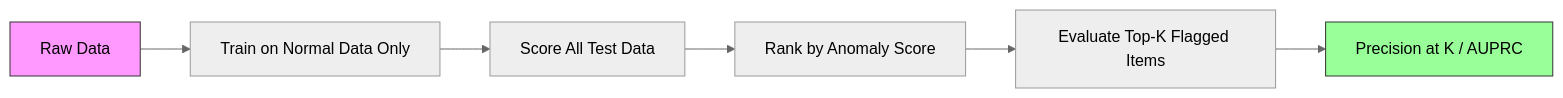
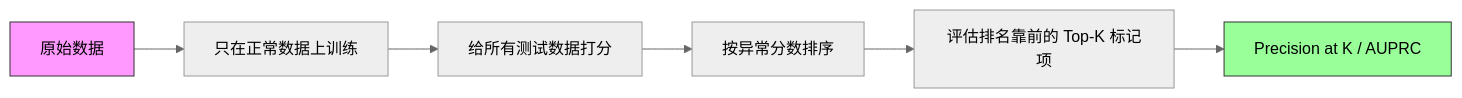
The third of 3 diagrams in phases/02-ml-fundamentals/16-anomaly-detection/docs/zh.md (JerryC8080/ai-engineering-from-scratch-zh), drawn with Mermaid (neutral theme) before and after one commit. The commit also changed other lines of this file and 156 other files, not shown here.

First line of the commit message:
i18n(zh): translate mermaid diagram labels in 157 lesson zh.md

````diff
--- a/phases/02-ml-fundamentals/16-anomaly-detection/docs/zh.md
+++ b/phases/02-ml-fundamentals/16-anomaly-detection/docs/zh.md
@@ -206,11 +206,11 @@
 ```mermaid
 flowchart LR
-    A[Raw Data] --> B[Train on Normal Data Only]
-    B --> C[Score All Test Data]
-    C --> D[Rank by Anomaly Score]
-    D --> E[Evaluate Top-K Flagged Items]
+    A[原始数据] --> B[只在正常数据上训练]
+    B --> C[给所有测试数据打分]
+    C --> D[按异常分数排序]
+    D --> E[评估排名靠前的 Top-K 标记项]
     E --> F[Precision at K / AUPRC]
 
     style A fill:#f9f,stroke:#333
     style F fill:#9f9,stroke:#333
 ```
````
